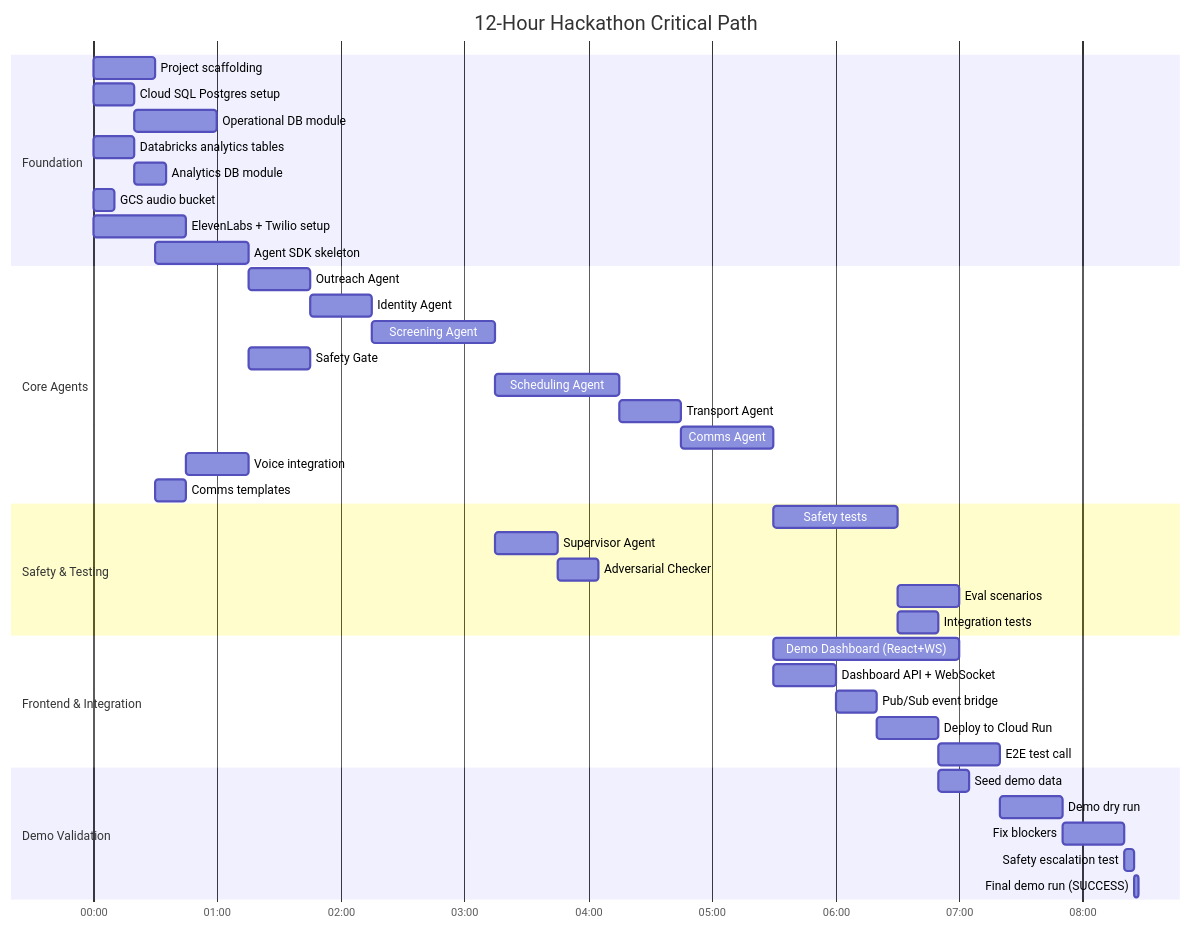
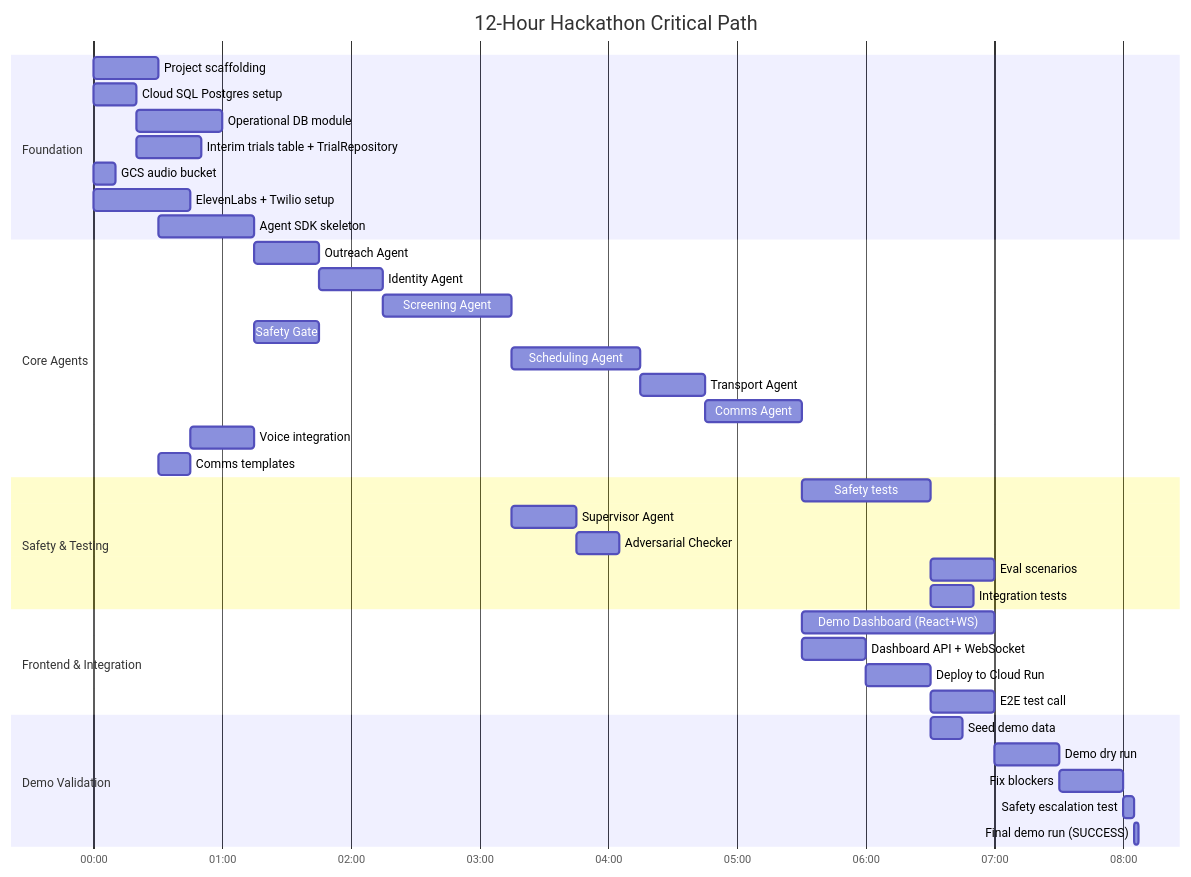
The tenth of 10 diagrams in local_docs/ask_mary_plan.md (wilsonwolf/ask_mary), drawn with Mermaid before and after one commit. The commit also changed other lines of this file and 53 other files, not shown here.

````diff
--- a/local_docs/ask_mary_plan.md
+++ b/local_docs/ask_mary_plan.md
@@ -1544,48 +1549,46 @@
 ```mermaid
 gantt
     title 12-Hour Hackathon Critical Path
     dateFormat HH:mm
     axisFormat %H:%M
 
     section Foundation
     Project scaffolding           :f1, 00:00, 30m
     Cloud SQL Postgres setup      :f2, 00:00, 20m
     Operational DB module         :f3, after f2, 40m
-    Databricks analytics tables   :f4a, 00:00, 20m
-    Analytics DB module           :f4b, after f4a, 15m
+    Interim trials table + TrialRepository :f4a, after f2, 30m
     GCS audio bucket              :f4c, 00:00, 10m
     ElevenLabs + Twilio setup     :f5, 00:00, 45m
     Agent SDK skeleton            :f6, after f1, 45m
 
     section Core Agents
     Outreach Agent                :a0, after f6, 30m
     Identity Agent                :a1, after a0, 30m
     Screening Agent               :a2, after a1, 60m
     Safety Gate                   :a2b, after f6, 30m
     Scheduling Agent              :a3, after a2, 60m
     Transport Agent               :a4, after a3, 30m
     Comms Agent                   :a5, after a4, 45m
     Voice integration             :a6, after f5, 30m
     Comms templates               :a7, after f1, 15m
 
     section Safety & Testing
     Safety tests                  :s1, after a5, 60m
     Supervisor Agent              :s2, after a2, 30m
     Adversarial Checker           :s2b, after s2, 20m
     Eval scenarios                :s3, after s1, 30m
     Integration tests             :s4, after s1, 20m
 
     section Frontend & Integration
     Demo Dashboard (React+WS)     :d1, after a5, 90m
     Dashboard API + WebSocket     :d2, after a5, 30m
-    Pub/Sub event bridge          :d2b, after d2, 20m
-    Deploy to Cloud Run           :d3, after d2b, 30m
+    Deploy to Cloud Run           :d3, after d2, 30m
     E2E test call                 :d4, after d3, 30m
 
     section Demo Validation
     Seed demo data                :e0, after d3, 15m
     Demo dry run                  :e1, after d4, 30m
     Fix blockers                  :e2, after e1, 30m
     Safety escalation test        :e3, after e2, 5m
     Final demo run (SUCCESS)      :e4, after e3, 2m
 ```
````
